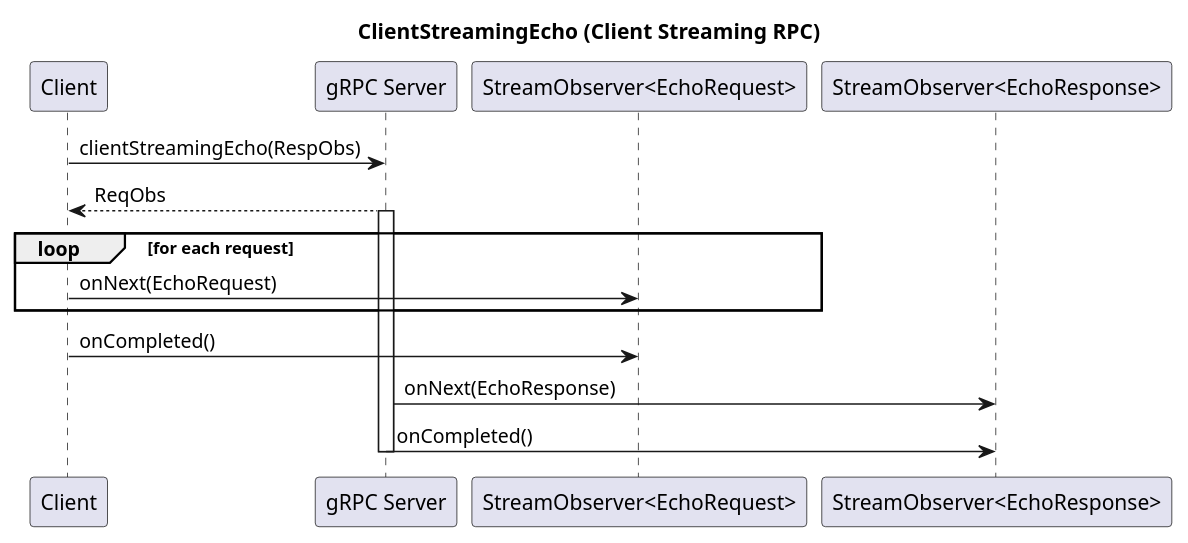
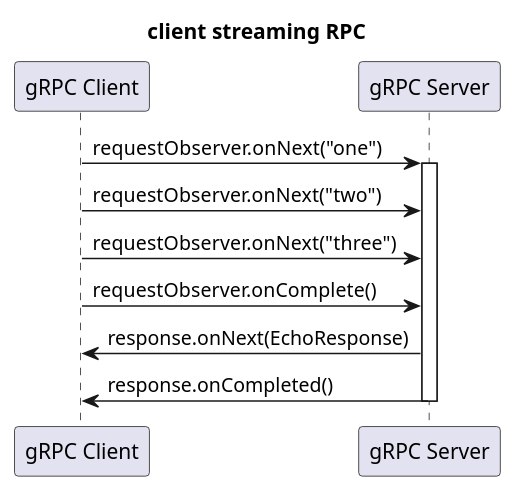
Before and after one commit to c0p4c4b4n4/grpc-grpc-java: the diagram in _raw/example1/images/client_streaming.puml, drawn with PlantUML. The commit also changed 4 other files, not shown here.

```diff
--- a/_raw/example1/images/client_streaming.puml
+++ b/_raw/example1/images/client_streaming.puml
@@ -1,22 +1,18 @@
 @startuml
-title ClientStreamingEcho (Client Streaming RPC)
+title client streaming RPC
 
-participant Client
+participant "gRPC Client" as Client
 participant "gRPC Server" as Server
-participant "StreamObserver<EchoRequest>" as ReqObs
-participant "StreamObserver<EchoResponse>" as RespObs
 
-Client -> Server: clientStreamingEcho(RespObs)
-Server --> Client: ReqObs
+Client -> Server: requestObserver.onNext("one")
 activate Server
 
-loop for each request
-  Client -> ReqObs: onNext(EchoRequest)
-end
+Client -> Server: requestObserver.onNext("two")
+Client -> Server: requestObserver.onNext("three")
+Client -> Server: requestObserver.onComplete()
 
-Client -> ReqObs: onCompleted()
+Server -> Client: response.onNext(EchoResponse)
+Server -> Client: response.onCompleted()
+deactivate Server
 
-Server -> RespObs: onNext(EchoResponse)
-Server -> RespObs: onCompleted()
-deactivate Server
 @enduml
```
